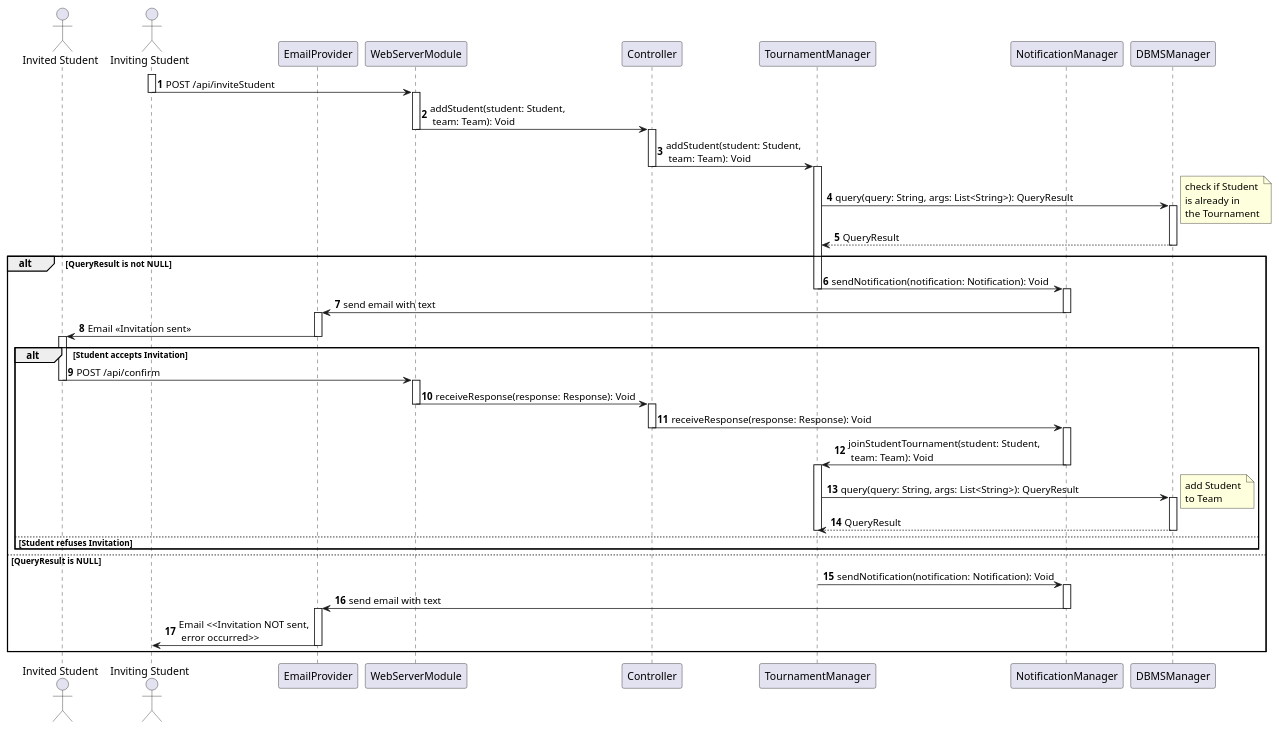
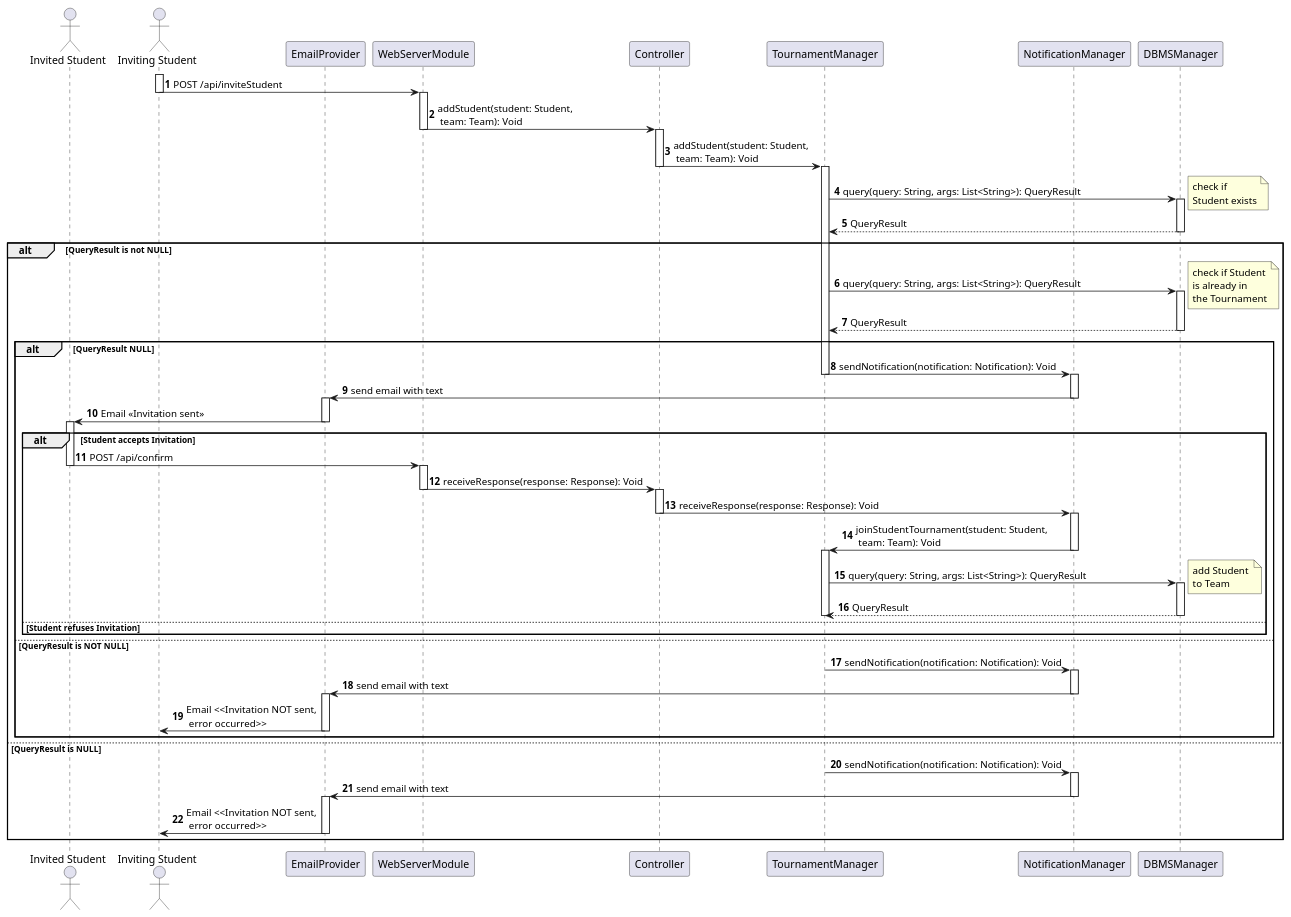
One commit to Angelo7672/SE2_Requirement-and-Design-Document changed the diagram in _DD/Images/sequenceDiagrams/inviteStudent.wsd. Above: the diagram before and after it, drawn with PlantUML. The commit also changed 5 other files, not shown here.

Commit message:
first 6 sequence diagram update

```diff
--- a/_DD/Images/sequenceDiagrams/inviteStudent.wsd
+++ b/_DD/Images/sequenceDiagrams/inviteStudent.wsd
@@ -1,77 +1,95 @@
 @startuml
 
 autonumber
 
 actor "Invited Student" as U2
 actor "Inviting Student" as U1
 participant EmailProvider as EP
 participant WebServerModule as WS
 participant Controller as C
 participant TournamentManager as TM
 participant NotificationManager as NM
 participant DBMSManager as DBMS
 
 activate U1
 U1 -> WS: POST /api/inviteStudent
 deactivate U1
 activate WS
 WS -> C: addStudent(student: Student,\n team: Team): Void
 deactivate WS
 activate C
 C -> TM: addStudent(student: Student,\n team: Team): Void
 deactivate C
 activate TM
 TM -> DBMS: query(query: String, args: List<String>): QueryResult
 activate DBMS
 note right
-    check if Student 
-    is already in 
-    the Tournament
+    check if 
+    Student exists
 end note
 DBMS --> TM: QueryResult
 deactivate DBMS
 alt QueryResult is not NULL
-    TM -> NM: sendNotification(notification: Notification): Void
-    deactivate TM
-    activate NM
-    NM -> EP: send email with text
-    deactivate NM
-    activate EP
-    EP -> U2: Email <<Invitation sent>>
-    deactivate EP
-    activate U2
-    alt Student accepts Invitation
-        U2 -> WS: POST /api/confirm
-        deactivate U2
-        activate WS
-        WS -> C: receiveResponse(response: Response): Void
-        deactivate WS
-        activate C
-        C -> NM: receiveResponse(response: Response): Void
-        deactivate C
+    TM -> DBMS: query(query: String, args: List<String>): QueryResult
+    activate DBMS
+    note right
+        check if Student 
+        is already in 
+        the Tournament
+    end note
+    DBMS --> TM: QueryResult
+    deactivate DBMS
+    alt QueryResult NULL
+        TM -> NM: sendNotification(notification: Notification): Void
+        deactivate TM
         activate NM
-        NM -> TM: joinStudentTournament(student: Student,\n team: Team): Void
+        NM -> EP: send email with text
         deactivate NM
-        activate TM
-        TM -> DBMS: query(query: String, args: List<String>): QueryResult
-        note right
-            add Student 
-            to Team
-        end note
-        activate DBMS
-        DBMS --> TM: QueryResult
-        deactivate DBMS
-        deactivate TM
-    else Student refuses Invitation
+        activate EP
+        EP -> U2: Email <<Invitation sent>>
+        deactivate EP
+        activate U2
+        alt Student accepts Invitation
+            U2 -> WS: POST /api/confirm
+            deactivate U2
+            activate WS
+            WS -> C: receiveResponse(response: Response): Void
+            deactivate WS
+            activate C
+            C -> NM: receiveResponse(response: Response): Void
+            deactivate C
+            activate NM
+            NM -> TM: joinStudentTournament(student: Student,\n team: Team): Void
+            deactivate NM
+            activate TM
+            TM -> DBMS: query(query: String, args: List<String>): QueryResult
+            note right
+                add Student 
+                to Team
+            end note
+            activate DBMS
+            DBMS --> TM: QueryResult
+            deactivate DBMS
+            deactivate TM
+        else Student refuses Invitation
+        end
+    else QueryResult is NOT NULL
+        TM -> NM: sendNotification(notification: Notification): Void
+        activate NM
+        NM -> EP: send email with text
+        deactivate NM
+        activate EP
+        EP -> U1: Email <<Invitation NOT sent,\n error occurred>>
+        deactivate EP
     end
 else QueryResult is NULL
     TM -> NM: sendNotification(notification: Notification): Void
     activate NM
     NM -> EP: send email with text
     deactivate NM
     activate EP
     EP -> U1: Email <<Invitation NOT sent,\n error occurred>>
-    deactivate EP
+     deactivate EP
 end
 
 @enduml
```
